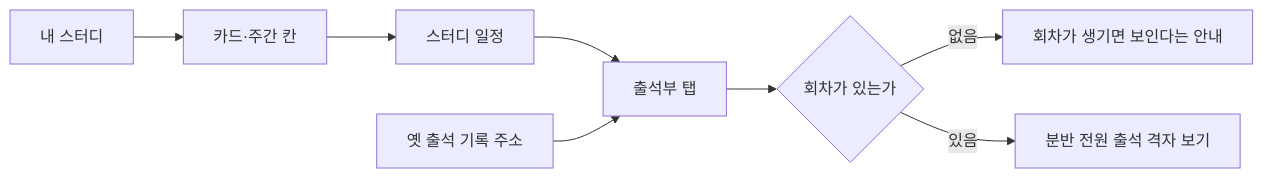
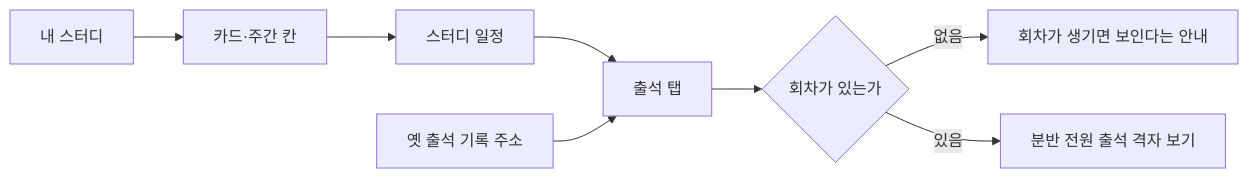
The first of 2 diagrams in 01-planning/stories/crew-view-attendance-record/PRD.md (StudyClub-PlusPlus/studyclub-engineering), drawn with Mermaid before and after one commit. The commit also changed other lines of this file and 13 other files, not shown here.

````diff
--- a/01-planning/stories/crew-view-attendance-record/PRD.md
+++ b/01-planning/stories/crew-view-attendance-record/PRD.md
@@ -22,10 +24,10 @@
 ```mermaid
 flowchart LR
   A["내 스터디"] --> B["카드·주간 칸"]
   B --> C["스터디 일정"]
-  C --> D["출석부 탭"]
+  C --> D["출석 탭"]
   D --> E{"회차가 있는가"}
   E -->|없음| F["회차가 생기면 보인다는 안내"]
   E -->|있음| G["분반 전원 출석 격자 보기"]
   H["옛 출석 기록 주소"] --> D
 ```
````
